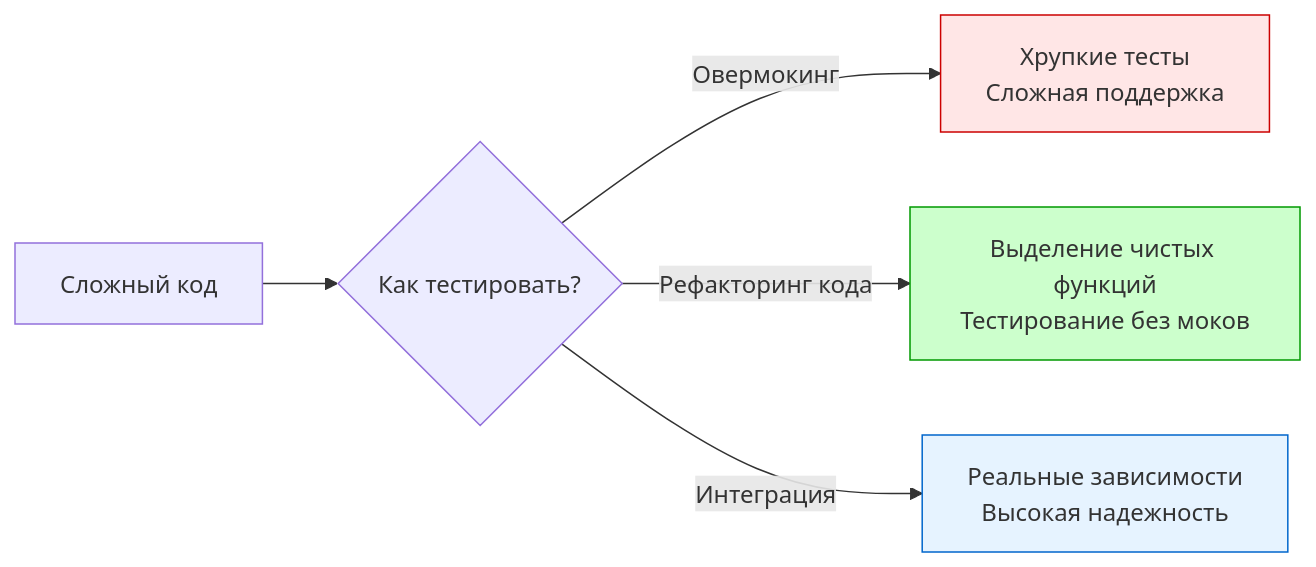
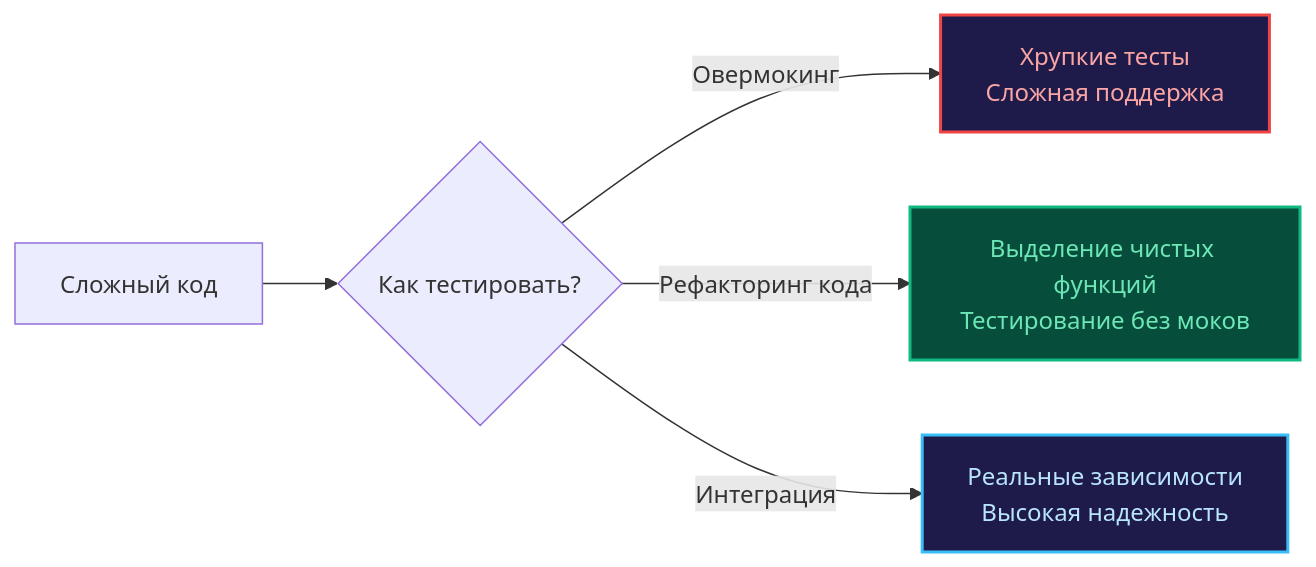
The diagram in sources/15. Тестирование в Go (QA & Testing)/04. Моки/7. Overmocking как анти паттерн.md (UnrealTemplier/go-textbook), drawn with Mermaid before and after one commit. The commit also changed other lines of this file, not shown here.

Commit message:
feat(module-15): editorial rewrite of lecture 7 (Overmocking как анти паттерн) in Subsection 4 in Kernighan style

````diff
--- a/sources/15. Тестирование в Go (QA & Testing)/04. Моки/7. Overmocking как анти паттерн.md
+++ b/sources/15. Тестирование в Go (QA & Testing)/04. Моки/7. Overmocking как анти паттерн.md
@@ -61,11 +78,11 @@
 ```mermaid
 graph LR
-    A[Сложный код] --> B{Как тестировать?}
-    B -->|Овермокинг| C[Хрупкие тесты<br>Сложная поддержка]
-    B -->|Рефакторинг кода| D[Выделение чистых функций<br>Тестирование без моков]
-    B -->|Интеграция| E[Реальные зависимости<br>Высокая надежность]
+    A["Сложный код"] --> B{"Как тестировать?"}
+    B -->|"Овермокинг"| C["Хрупкие тесты<br/>Сложная поддержка"]
+    B -->|"Рефакторинг кода"| D["Выделение чистых функций<br/>Тестирование без моков"]
+    B -->|"Интеграция"| E["Реальные зависимости<br/>Высокая надежность"]
     
-    style C fill:#ffe6e6,stroke:#cc0000
-    style D fill:#ccffcc,stroke:#009900
-    style E fill:#e6f3ff,stroke:#0066cc
+    style C fill:#1e1b4b,stroke:#ef4444,stroke-width:2px,color:#fca5a5
+    style D fill:#064e3b,stroke:#10b981,stroke-width:2px,color:#6ee7b7
+    style E fill:#1e1b4b,stroke:#38bdf8,stroke-width:2px,color:#bae6fd
 ```
````
